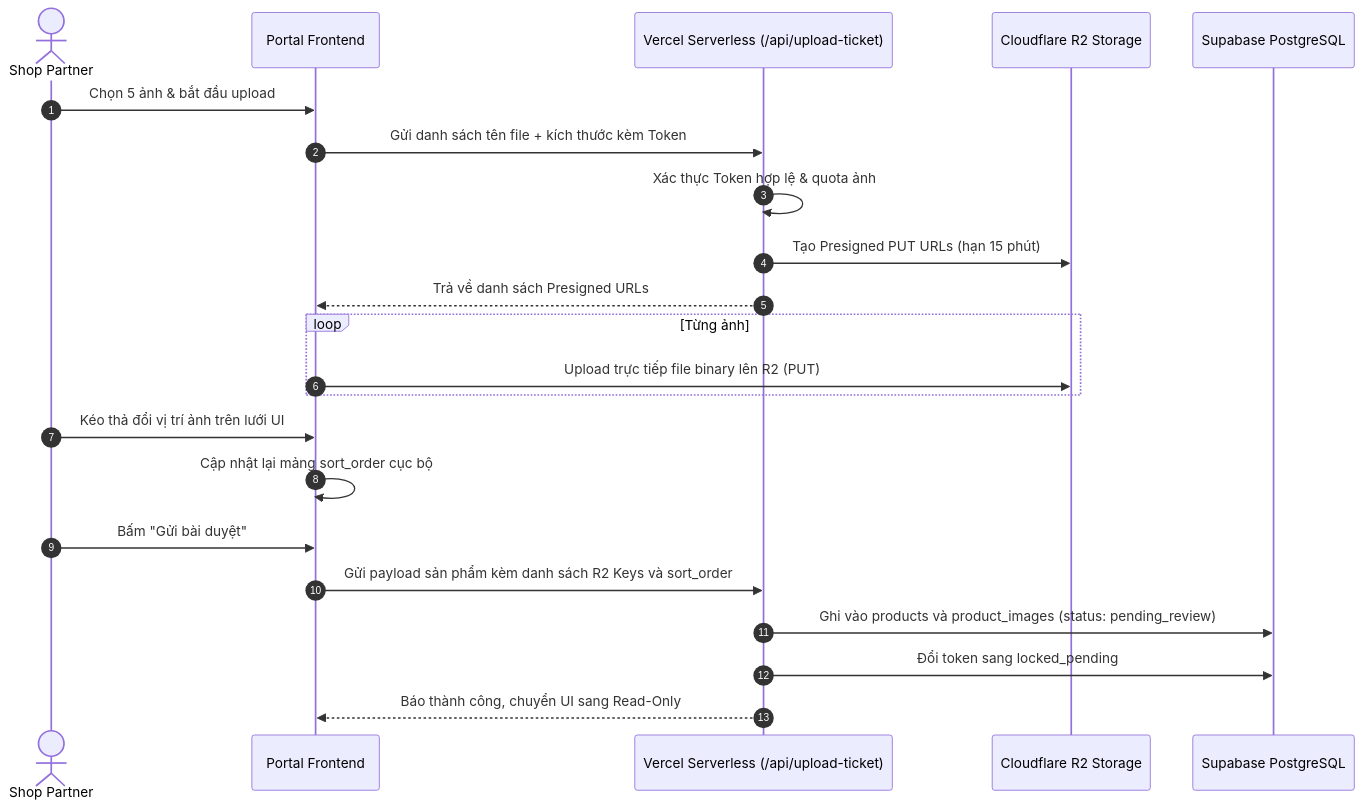
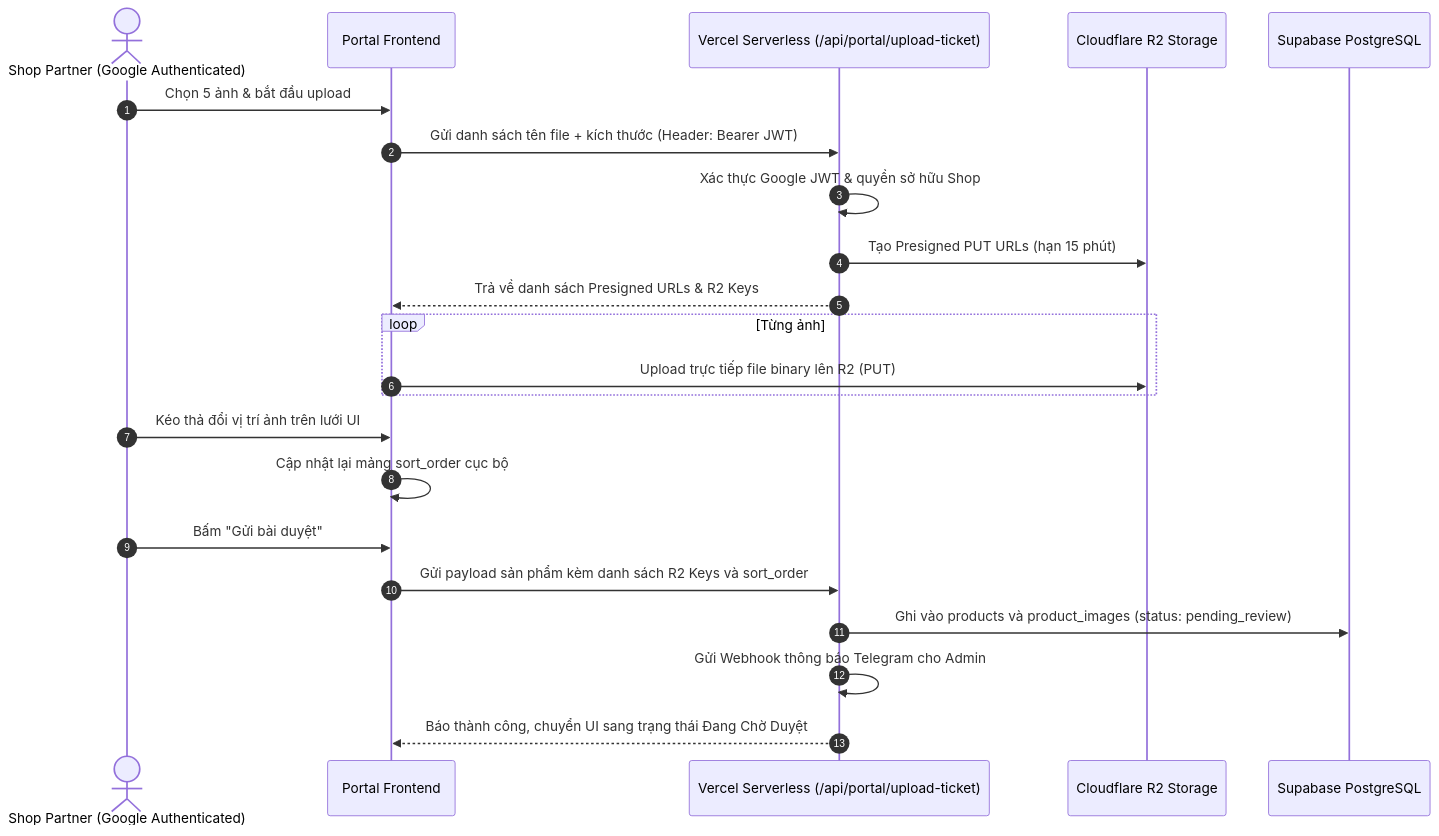
Before and after one commit to lelocle3924/ti-coolture: the first of 2 diagrams in docs/BACKEND-SRS.md, drawn with Mermaid. The commit also changed other lines of this file and 14 other files, not shown here.

Commit message:
feat(auth): step 3 - google oauth partner portal backend apis and review workflow

````diff
--- a/docs/BACKEND-SRS.md
+++ b/docs/BACKEND-SRS.md
@@ -94,25 +113,25 @@
   ```mermaid
   sequenceDiagram
     autonumber
-    actor Shop as Shop Partner
+    actor Shop as Shop Partner (Google Authenticated)
     participant FE as Portal Frontend
-    participant API as Vercel Serverless (/api/upload-ticket)
+    participant API as Vercel Serverless (/api/portal/upload-ticket)
     participant R2 as Cloudflare R2 Storage
     participant DB as Supabase PostgreSQL
 
     Shop->>FE: Chọn 5 ảnh & bắt đầu upload
-    FE->>API: Gửi danh sách tên file + kích thước kèm Token
-    API->>API: Xác thực Token hợp lệ & quota ảnh
+    FE->>API: Gửi danh sách tên file + kích thước (Header: Bearer JWT)
+    API->>API: Xác thực Google JWT & quyền sở hữu Shop
     API->>R2: Tạo Presigned PUT URLs (hạn 15 phút)
-    API-->>FE: Trả về danh sách Presigned URLs
+    API-->>FE: Trả về danh sách Presigned URLs & R2 Keys
     loop Từng ảnh
       FE->>R2: Upload trực tiếp file binary lên R2 (PUT)
     end
     Shop->>FE: Kéo thả đổi vị trí ảnh trên lưới UI
     FE->>FE: Cập nhật lại mảng sort_order cục bộ
     Shop->>FE: Bấm "Gửi bài duyệt"
     FE->>API: Gửi payload sản phẩm kèm danh sách R2 Keys và sort_order
     API->>DB: Ghi vào products và product_images (status: pending_review)
-    API->>DB: Đổi token sang locked_pending
-    API-->>FE: Báo thành công, chuyển UI sang Read-Only
+    API->>API: Gửi Webhook thông báo Telegram cho Admin
+    API-->>FE: Báo thành công, chuyển UI sang trạng thái Đang Chờ Duyệt
   ```
````
